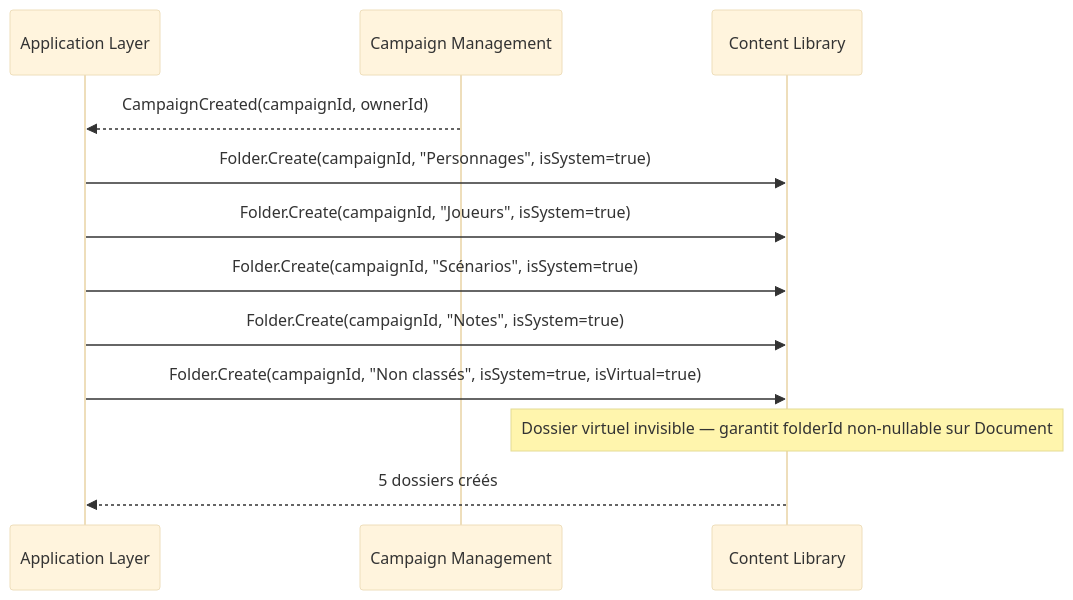
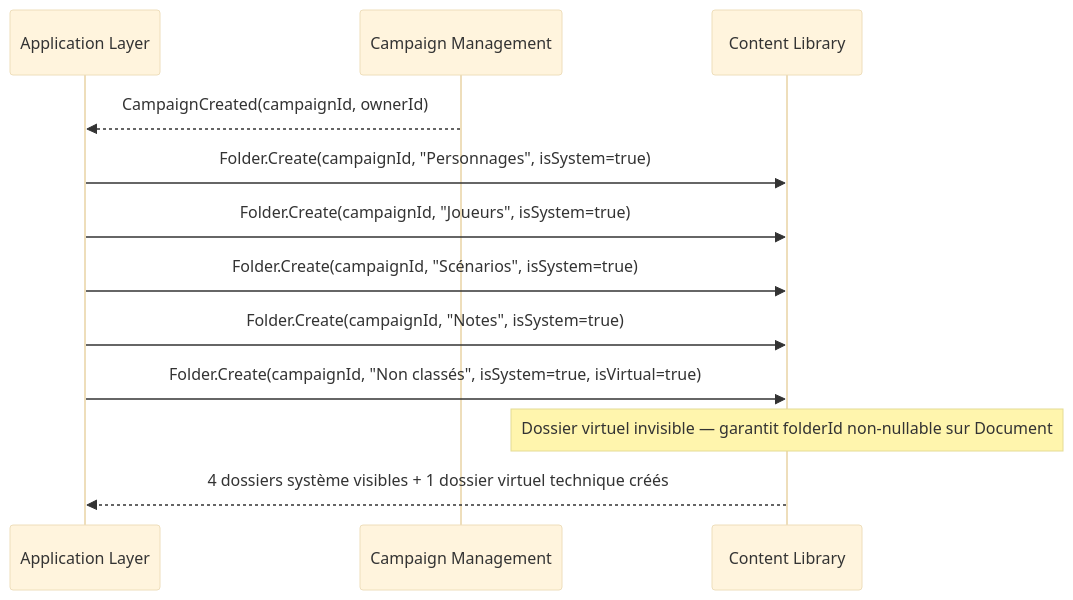
Before and after one commit to 2025-10-CDA-ECO-P6/PM-micro-saas: the first of 8 diagrams in docs/conception/domain/diagrams/flows/content-library.md, drawn with Mermaid (base theme). The commit also changed 107 other files, not shown here.

````diff
--- a/docs/conception/domain/diagrams/flows/content-library.md
+++ b/docs/conception/domain/diagrams/flows/content-library.md
@@ -5,15 +5,15 @@
 ```mermaid
 sequenceDiagram
     participant App as Application Layer
     participant CM as Campaign Management
     participant CL as Content Library
 
     CM-->>App: CampaignCreated(campaignId, ownerId)
     App->>CL: Folder.Create(campaignId, "Personnages", isSystem=true)
     App->>CL: Folder.Create(campaignId, "Joueurs", isSystem=true)
     App->>CL: Folder.Create(campaignId, "Scénarios", isSystem=true)
     App->>CL: Folder.Create(campaignId, "Notes", isSystem=true)
     App->>CL: Folder.Create(campaignId, "Non classés", isSystem=true, isVirtual=true)
     Note over CL: Dossier virtuel invisible — garantit folderId non-nullable sur Document
-    CL-->>App: 5 dossiers créés
+    CL-->>App: 4 dossiers système visibles + 1 dossier virtuel technique créés
 ```
````
